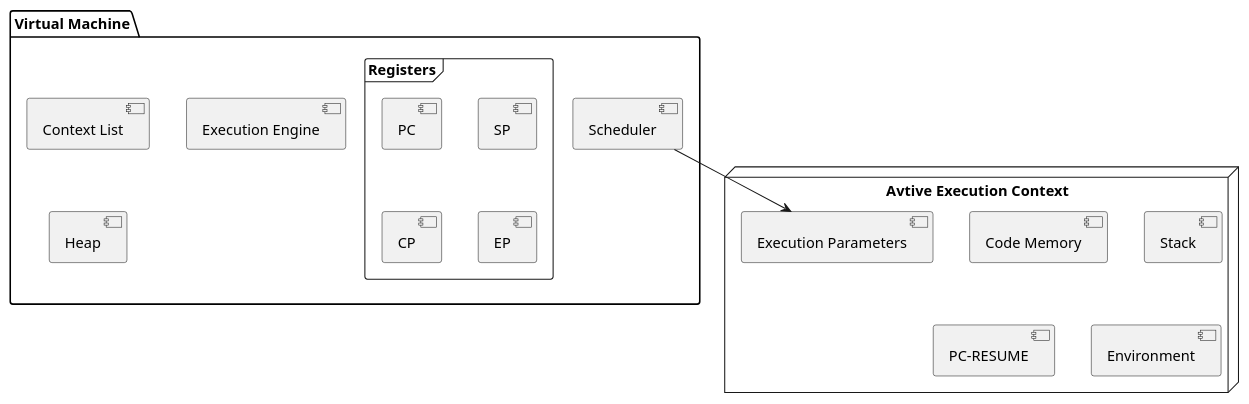
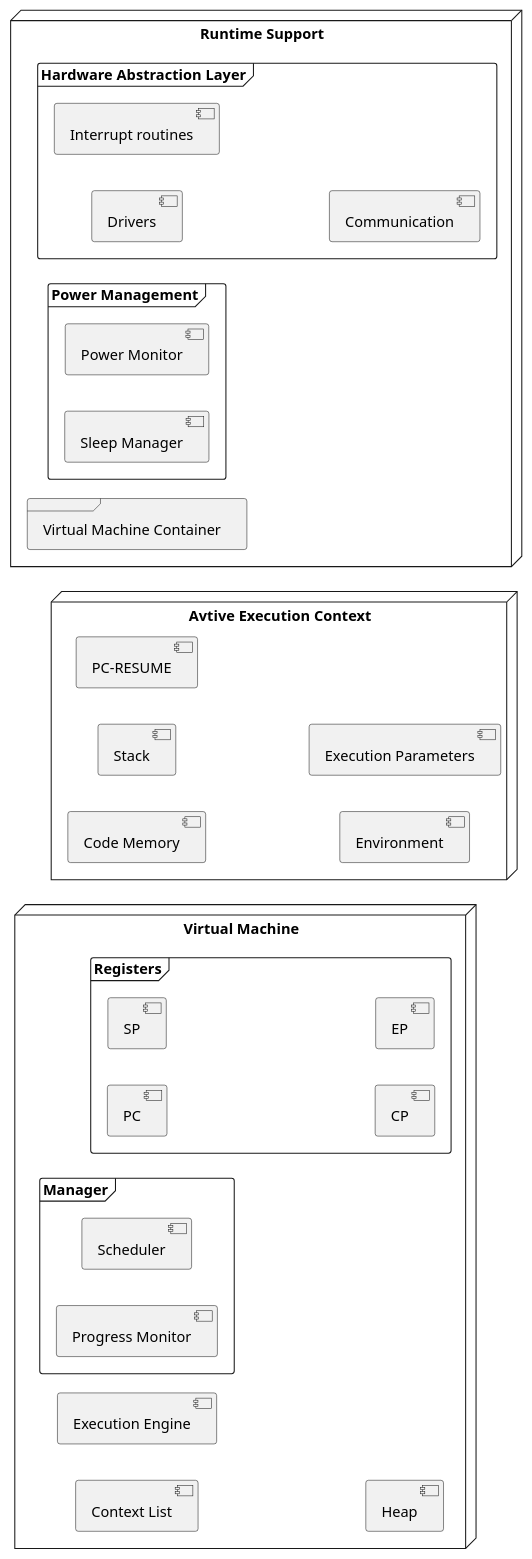
One commit to SynchronVM/SynchronVM changed the first of 2 diagrams in spec/architecture.md. Above: the diagram before and after it, drawn with PlantUML. The commit also changed other lines of this file, not shown here.

Commit message:
tweak architecture

````diff
--- a/spec/architecture.md
+++ b/spec/architecture.md
@@ -20,30 +13,54 @@
 ```plantuml
+left to right direction
 
-package "Virtual Machine" { 
-
+node "Virtual Machine" { 
 	frame "Registers" { 
 		[PC] 
 	    [SP] 
 		[CP]
 		[EP]
 		
 	}
 	
 	[Context List]
-	[Scheduler]
 	[Execution Engine]
 	[Heap]
+	
+	Frame "Manager" {
+	[Scheduler]
+	[Progress Monitor]
+	}
 }
 
 
 node "Avtive Execution Context" { 
 	[Code Memory] 
 	[Stack]
 	[PC-RESUME]
 	[Environment]
 	[Execution Parameters]
 }
 
-[Scheduler] --> [Execution Parameters]
 
+
+
+node "Runtime Support" { 
+	frame "Hardware Abstraction Layer" {
+		[Drivers]
+		[Interrupt routines]
+		[Communication]
+	}
+
+	frame "Virtual Machine Container" {
+		
+	}
+	
+	frame "Power Management" { 
+		[Power Monitor] 
+		[Sleep Manager] 
+	
+	}
+}
+
+ 
 ```
````
